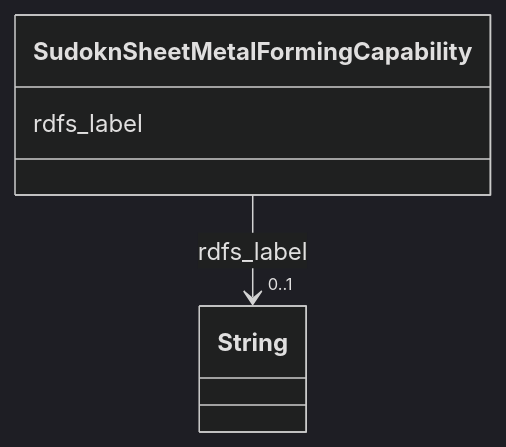
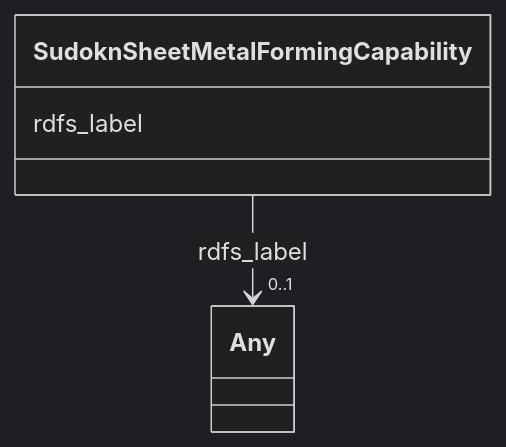
Before and after one commit to frink-okn/graph-descriptions: the diagram in sudokn-kg/classes/SudoknSheetMetalFormingCapability.md, drawn with Mermaid (dark theme). The commit also changed other lines of this file and 903 other files, not shown here.

````diff
--- a/sudokn-kg/classes/SudoknSheetMetalFormingCapability.md
+++ b/sudokn-kg/classes/SudoknSheetMetalFormingCapability.md
@@ -23,15 +18,15 @@
 ```mermaid
  classDiagram
     class SudoknSheetMetalFormingCapability
     click SudoknSheetMetalFormingCapability href "../SudoknSheetMetalFormingCapability"
       SudoknSheetMetalFormingCapability : rdfs_label
         
           
     
     
-    SudoknSheetMetalFormingCapability --> "0..1" String : rdfs_label
-    click String href "../String"
+    SudoknSheetMetalFormingCapability --> "0..1" Any : rdfs_label
+    click Any href "../Any"
 
         
       
 ```
````
